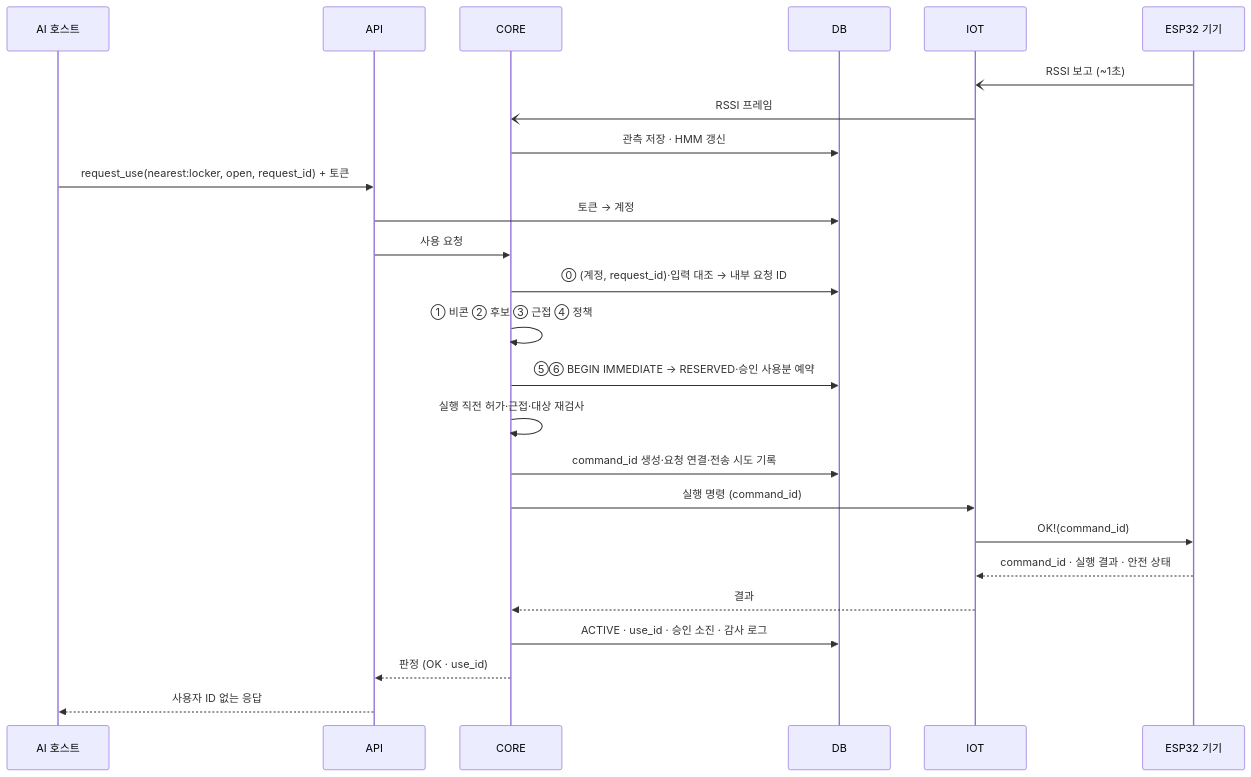
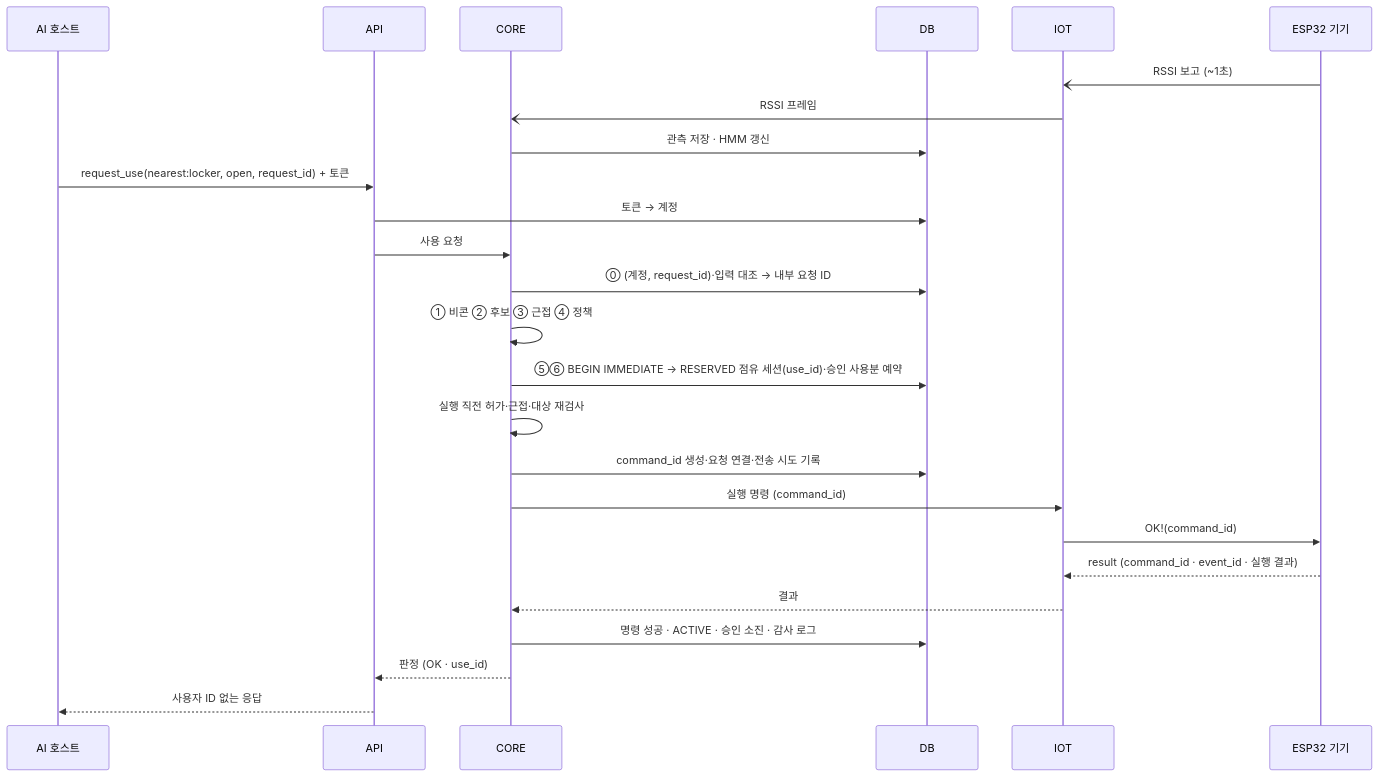
One commit to capstone-itda/nearpilot-server changed the second of 3 diagrams in docs/architecture.md. Above: the diagram before and after it, drawn with Mermaid. The commit also changed other lines of this file and 7 other files, not shown here.

````diff
--- a/docs/architecture.md
+++ b/docs/architecture.md
@@ -227,28 +447,28 @@
 ```mermaid
 sequenceDiagram
     participant H as AI 호스트
     participant A as API
     participant C as CORE
     participant D as DB
     participant I as IOT
     participant N as ESP32 기기
 
     N-)I: RSSI 보고 (~1초)
     I-)C: RSSI 프레임
     C->>D: 관측 저장 · HMM 갱신
     H->>A: request_use(nearest:locker, open, request_id) + 토큰
     A->>D: 토큰 → 계정
     A->>C: 사용 요청
     C->>D: ⓪ (계정, request_id)·입력 대조 → 내부 요청 ID
     C->>C: ① 비콘 ② 후보 ③ 근접 ④ 정책
-    C->>D: ⑤⑥ BEGIN IMMEDIATE → RESERVED·승인 사용분 예약
+    C->>D: ⑤⑥ BEGIN IMMEDIATE → RESERVED 점유 세션(use_id)·승인 사용분 예약
     C->>C: 실행 직전 허가·근접·대상 재검사
     C->>D: command_id 생성·요청 연결·전송 시도 기록
     C->>I: 실행 명령 (command_id)
     I->>N: OK!(command_id)
-    N-->>I: command_id · 실행 결과 · 안전 상태
+    N-->>I: result (command_id · event_id · 실행 결과)
     I-->>C: 결과
-    C->>D: ACTIVE · use_id · 승인 소진 · 감사 로그
+    C->>D: 명령 성공 · ACTIVE · 승인 소진 · 감사 로그
     C-->>A: 판정 (OK · use_id)
     A-->>H: 사용자 ID 없는 응답
 ```
````
